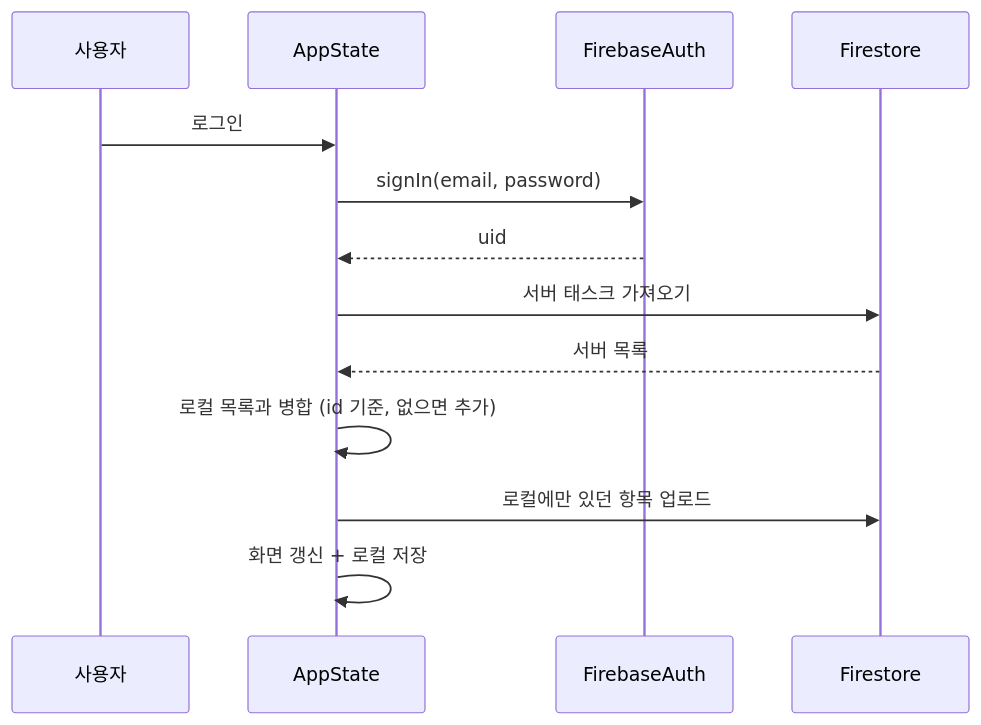
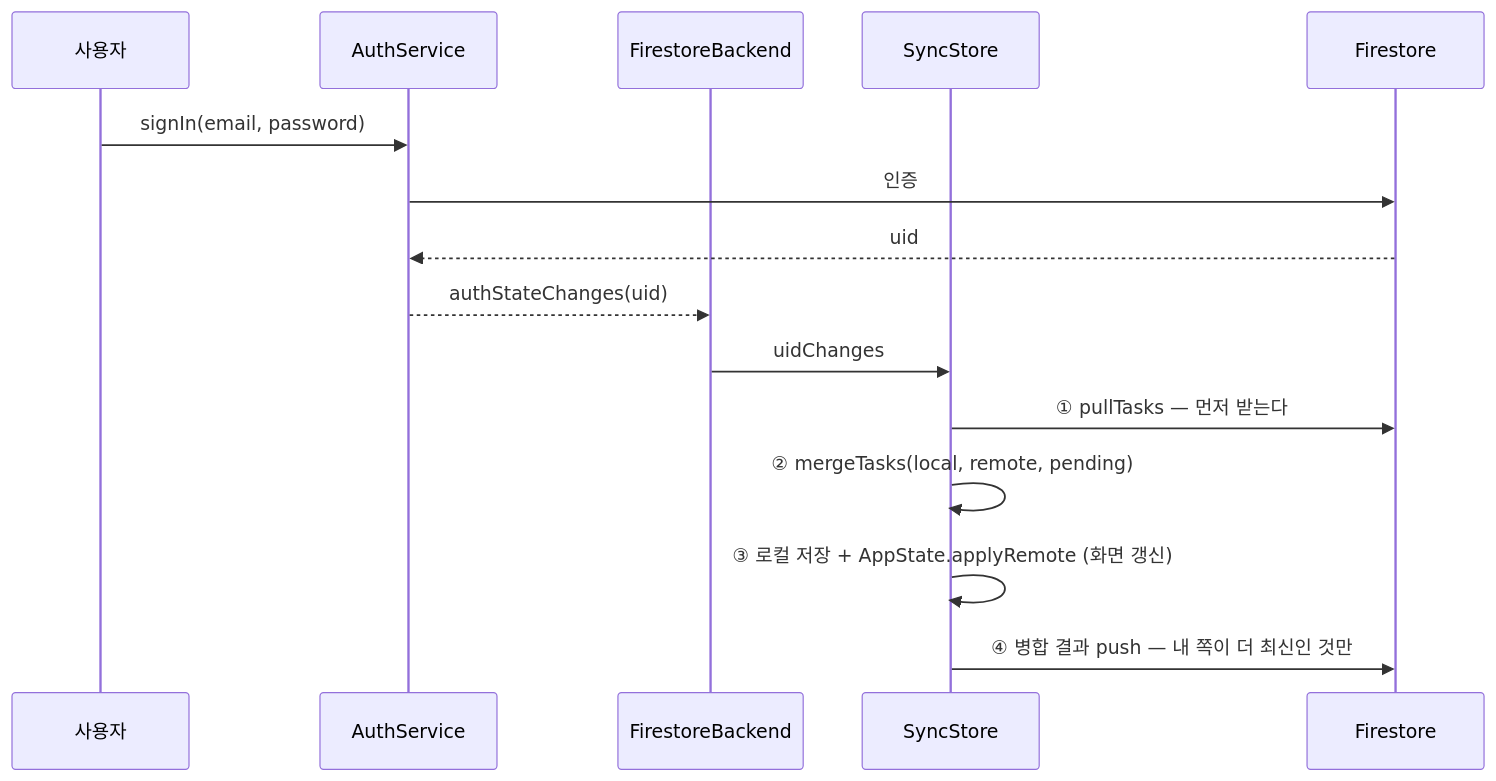
One commit to chohk1003/Keepy changed the third of 3 diagrams in heeil/docs/auth.md. Above: the diagram before and after it, drawn with Mermaid. The commit also changed other lines of this file and 10 other files, not shown here.

````diff
--- a/heeil/docs/auth.md
+++ b/heeil/docs/auth.md
@@ -49,16 +54,18 @@
 ```mermaid
 sequenceDiagram
     participant U as 사용자
-    participant A as AppState
-    participant FA as FirebaseAuth
+    participant AS as AuthService
+    participant FB as FirestoreBackend
+    participant SS as SyncStore
     participant FS as Firestore
 
-    U->>A: 로그인
-    A->>FA: signIn(email, password)
-    FA-->>A: uid
-    A->>FS: 서버 태스크 가져오기
-    FS-->>A: 서버 목록
-    A->>A: 로컬 목록과 병합 (id 기준, 없으면 추가)
-    A->>FS: 로컬에만 있던 항목 업로드
-    A->>A: 화면 갱신 + 로컬 저장
+    U->>AS: signIn(email, password)
+    AS->>FS: 인증
+    FS-->>AS: uid
+    AS-->>FB: authStateChanges(uid)
+    FB->>SS: uidChanges
+    SS->>FS: ① pullTasks — 먼저 받는다
+    SS->>SS: ② mergeTasks(local, remote, pending)
+    SS->>SS: ③ 로컬 저장 + AppState.applyRemote (화면 갱신)
+    SS->>FS: ④ 병합 결과 push — 내 쪽이 더 최신인 것만
 ```
````
